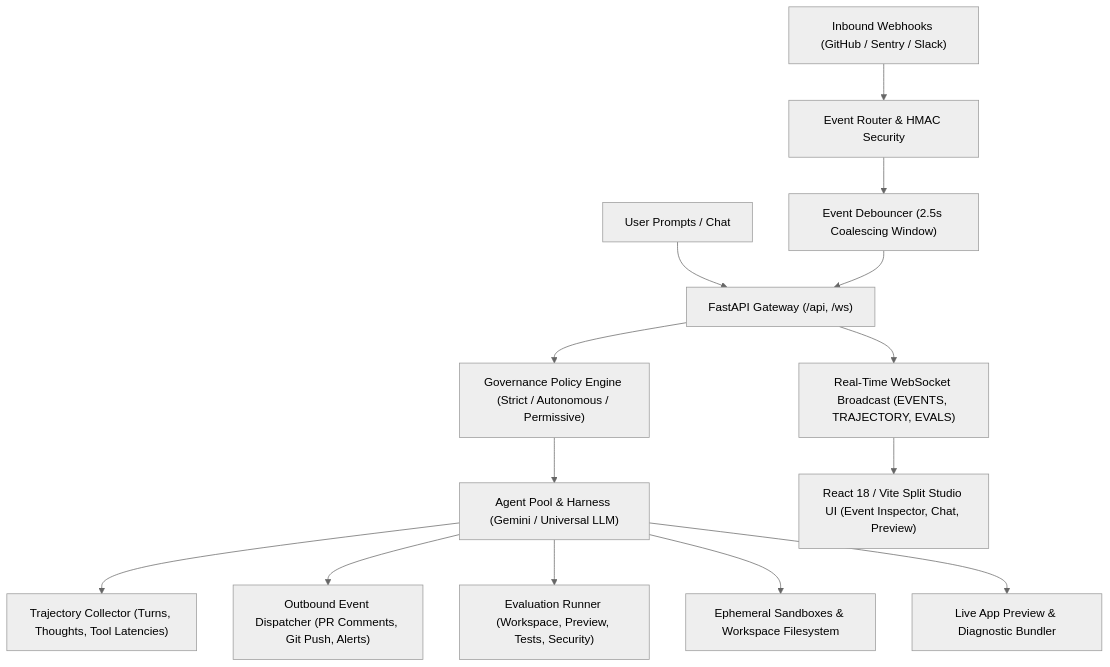
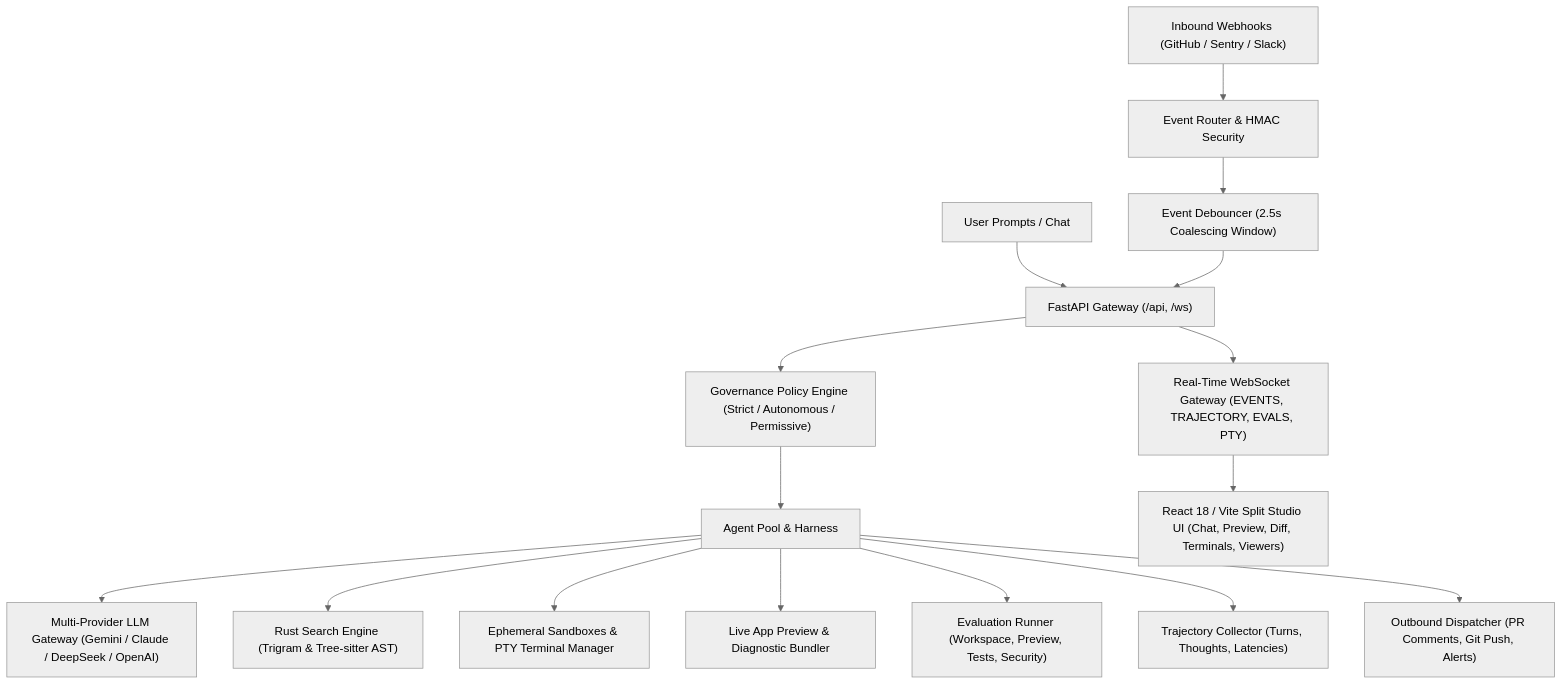
The diagram in README.md (rubum/cyclode), drawn with Mermaid (neutral theme) before and after one commit. The commit also changed other lines of this file and 3 other files, not shown here.

Commit message:
docs: overhaul README with MIT license, 325 test metrics, Rust search, and refreshed interface capture

````diff
--- a/README.md
+++ b/README.md
@@ -85,16 +102,20 @@
 ```mermaid
 graph TD
     A["User Prompts / Chat"] --> B["FastAPI Gateway (/api, /ws)"]
     C["Inbound Webhooks (GitHub / Sentry / Slack)"] --> D["Event Router & HMAC Security"]
     D --> E["Event Debouncer (2.5s Coalescing Window)"]
     E --> B
     B --> F["Governance Policy Engine (Strict / Autonomous / Permissive)"]
-    F --> G["Agent Pool & Harness (Gemini / Universal LLM)"]
-    G --> H["Trajectory Collector (Turns, Thoughts, Tool Latencies)"]
-    G --> I["Outbound Event Dispatcher (PR Comments, Git Push, Alerts)"]
-    G --> J["Evaluation Runner (Workspace, Preview, Tests, Security)"]
-    G --> K["Ephemeral Sandboxes & Workspace Filesystem"]
-    G --> L["Live App Preview & Diagnostic Bundler"]
-    B --> M["Real-Time WebSocket Broadcast (EVENTS, TRAJECTORY, EVALS)"]
-    M --> N["React 18 / Vite Split Studio UI (Event Inspector, Chat, Preview)"]
+    F --> G["Agent Pool & Harness"]
+    
+    G --> H["Multi-Provider LLM Gateway (Gemini / Claude / DeepSeek / OpenAI)"]
+    G --> I["Rust Search Engine (Trigram & Tree-sitter AST)"]
+    G --> J["Ephemeral Sandboxes & PTY Terminal Manager"]
+    G --> K["Live App Preview & Diagnostic Bundler"]
+    G --> L["Evaluation Runner (Workspace, Preview, Tests, Security)"]
+    G --> M["Trajectory Collector (Turns, Thoughts, Latencies)"]
+    G --> N["Outbound Dispatcher (PR Comments, Git Push, Alerts)"]
+    
+    B --> O["Real-Time WebSocket Gateway (EVENTS, TRAJECTORY, EVALS, PTY)"]
+    O --> P["React 18 / Vite Split Studio UI (Chat, Preview, Diff, Terminals, Viewers)"]
 ```
````
